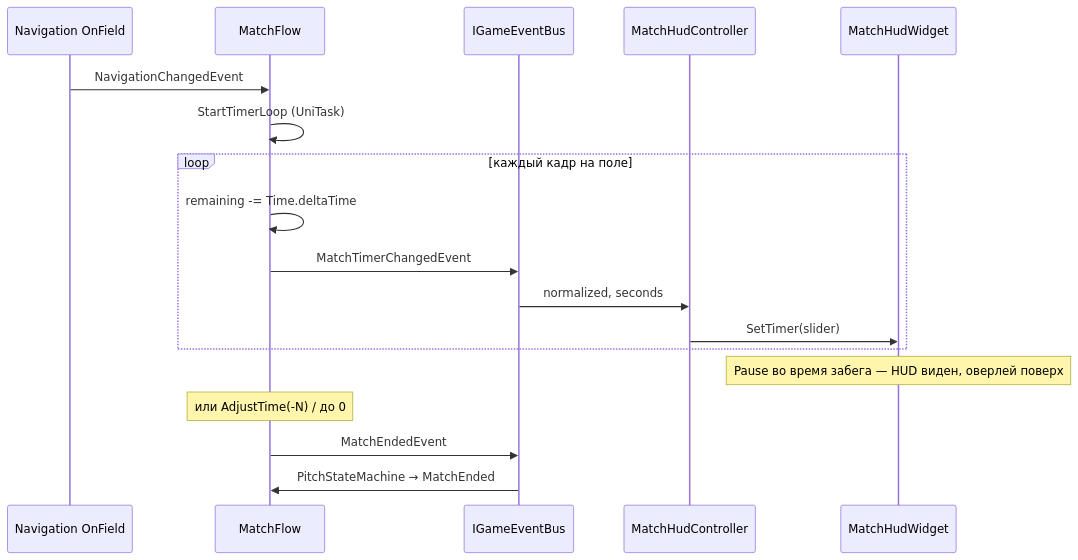
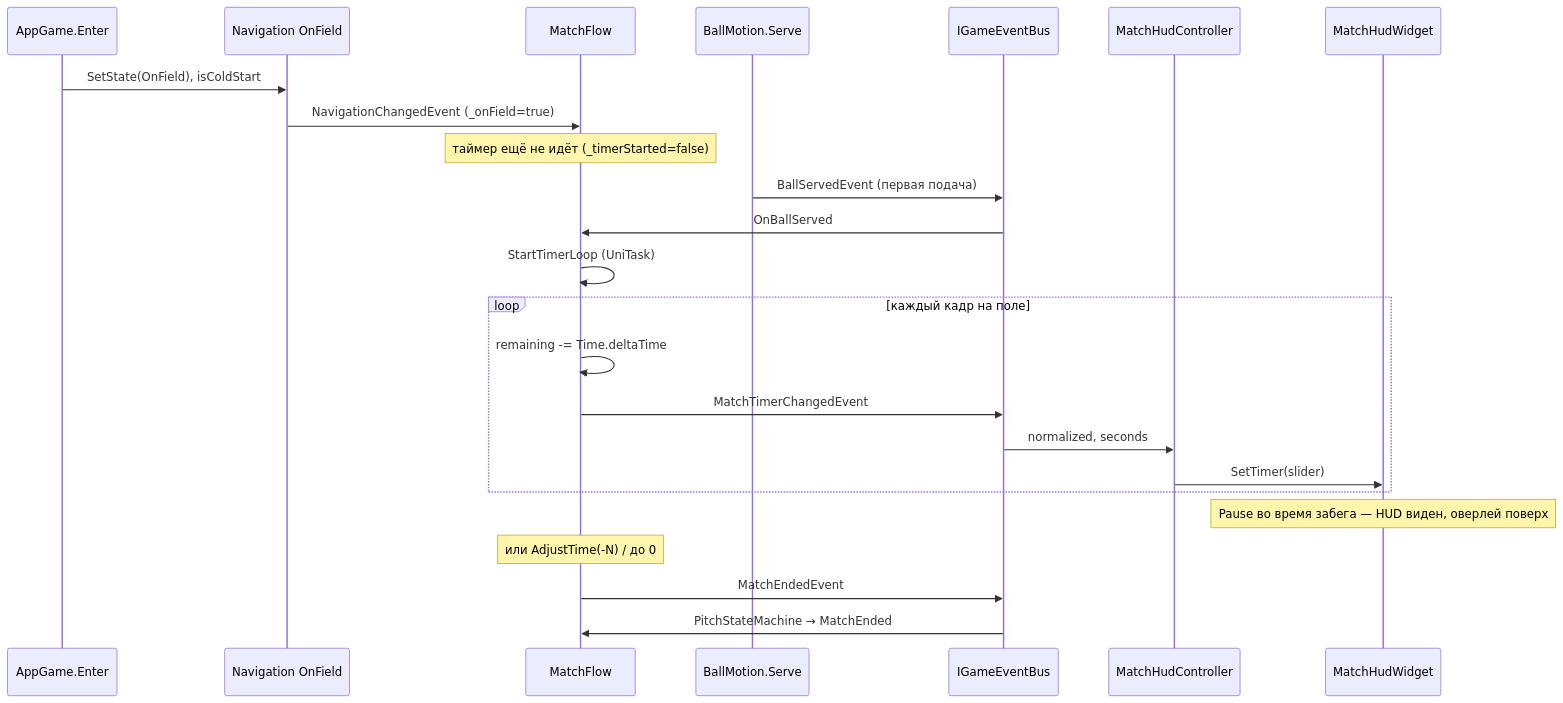
The first of 5 diagrams in Wiki/FutboloidWiki/Архитектура/MatchFlow и таймер.md (DeployChef/Futboloid), drawn with Mermaid before and after one commit. The commit also changed other lines of this file and 41 other files, not shown here.

````diff
--- a/Wiki/FutboloidWiki/Архитектура/MatchFlow и таймер.md
+++ b/Wiki/FutboloidWiki/Архитектура/MatchFlow и таймер.md
@@ -52,24 +52,31 @@
 ```mermaid
 sequenceDiagram
+    participant App as AppGame.Enter
     participant Nav as Navigation OnField
     participant MF as MatchFlow
+    participant Ball as BallMotion.Serve
     participant Bus as IGameEventBus
     participant Ctrl as MatchHudController
     participant HUD as MatchHudWidget
 
-    Nav->>MF: NavigationChangedEvent
+    App->>Nav: SetState(OnField), isColdStart
+    Nav->>MF: NavigationChangedEvent (_onField=true)
+    Note over MF: таймер ещё не идёт (_timerStarted=false)
+
+    Ball->>Bus: BallServedEvent (первая подача)
+    Bus->>MF: OnBallServed
     MF->>MF: StartTimerLoop (UniTask)
 
     loop каждый кадр на поле
         MF->>MF: remaining -= Time.deltaTime
         MF->>Bus: MatchTimerChangedEvent
         Bus->>Ctrl: normalized, seconds
         Ctrl->>HUD: SetTimer(slider)
     end
 
     Note over HUD: Pause во время забега — HUD виден, оверлей поверх
 
     Note over MF: или AdjustTime(-N) / до 0
     MF->>Bus: MatchEndedEvent
     Bus->>MF: PitchStateMachine → MatchEnded
 ```
````
